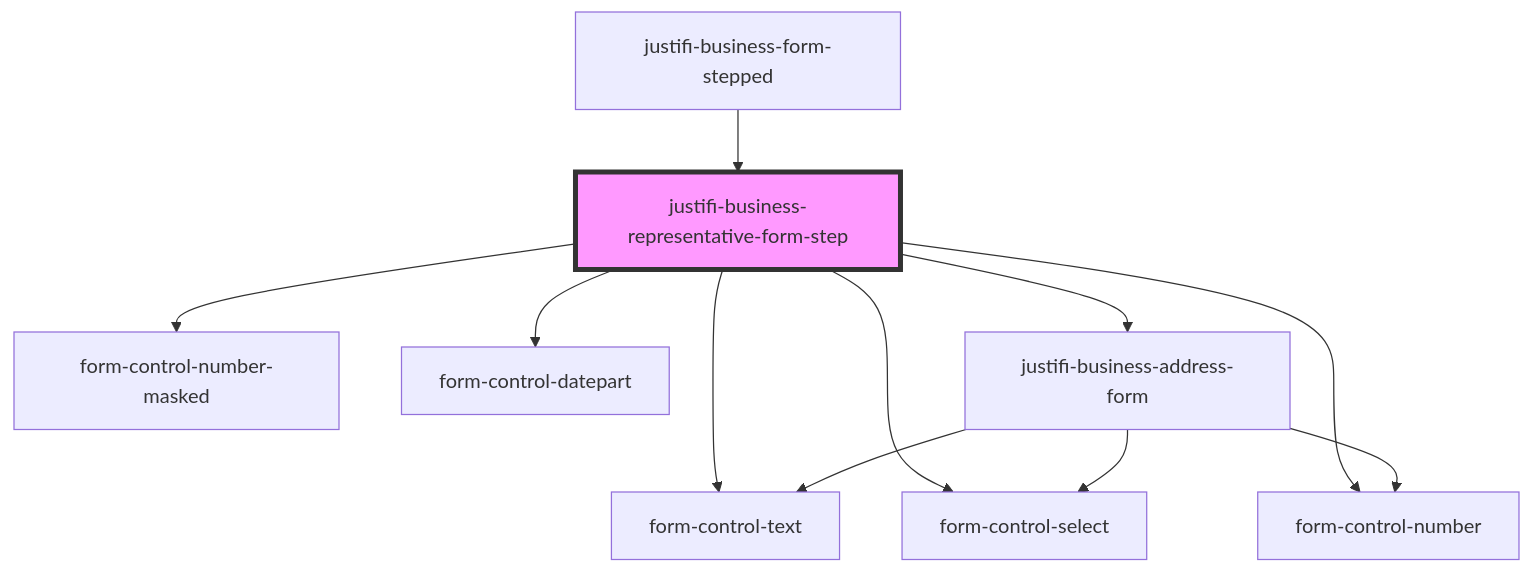
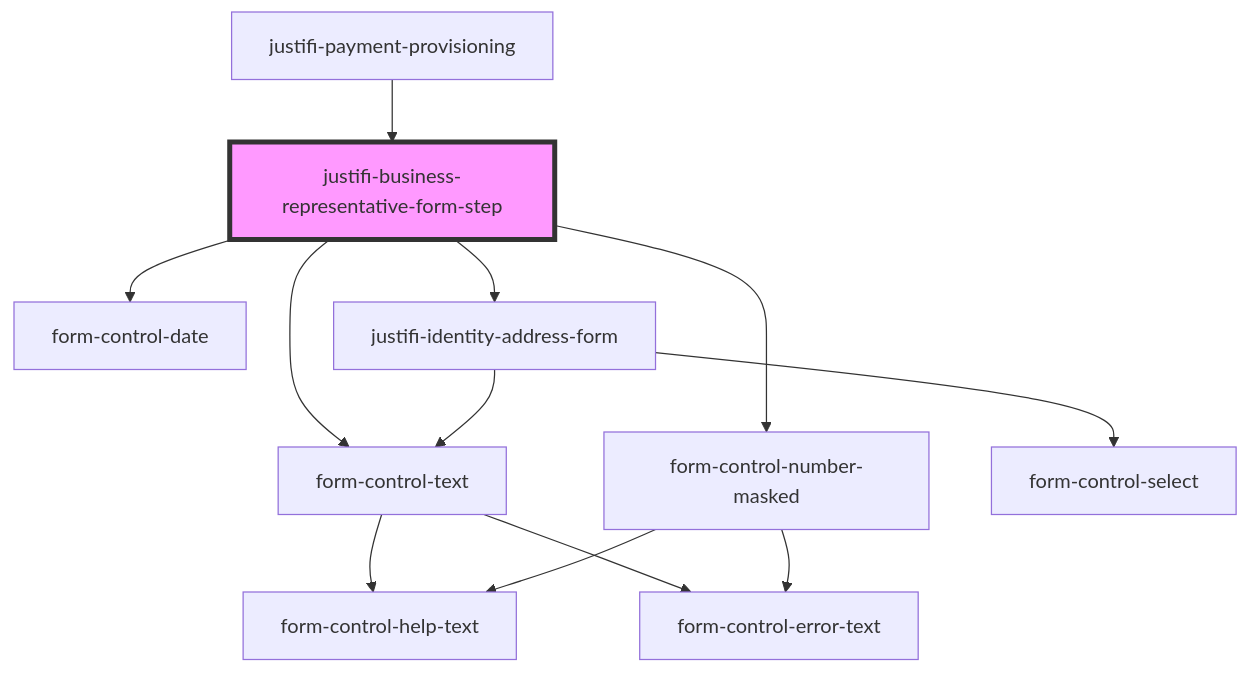
Before and after one commit to justifi-tech/web-component-library: the diagram in packages/webcomponents/src/components/business-forms/payment-provisioning/business-representative/README.md, drawn with Mermaid. The commit also changed other lines of this file and 32 other files, not shown here.

````diff
--- a/packages/webcomponents/src/components/business-forms/payment-provisioning/business-representative/README.md
+++ b/packages/webcomponents/src/components/business-forms/payment-provisioning/business-representative/README.md
@@ -38,14 +59,15 @@
 ```mermaid
 graph TD;
   justifi-business-representative-form-step --> form-control-text
-  justifi-business-representative-form-step --> form-control-select
   justifi-business-representative-form-step --> form-control-number-masked
-  justifi-business-representative-form-step --> form-control-datepart
-  justifi-business-representative-form-step --> form-control-number
-  justifi-business-representative-form-step --> justifi-business-address-form
-  justifi-business-address-form --> form-control-text
-  justifi-business-address-form --> form-control-select
-  justifi-business-address-form --> form-control-number
-  justifi-business-form-stepped --> justifi-business-representative-form-step
+  justifi-business-representative-form-step --> form-control-date
+  justifi-business-representative-form-step --> justifi-identity-address-form
+  form-control-text --> form-control-help-text
+  form-control-text --> form-control-error-text
+  form-control-number-masked --> form-control-help-text
+  form-control-number-masked --> form-control-error-text
+  justifi-identity-address-form --> form-control-text
+  justifi-identity-address-form --> form-control-select
+  justifi-payment-provisioning --> justifi-business-representative-form-step
   style justifi-business-representative-form-step fill:#f9f,stroke:#333,stroke-width:4px
 ```
````
